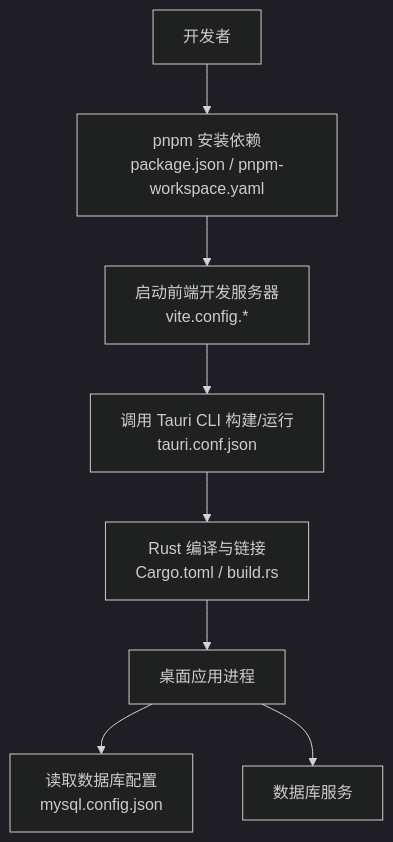
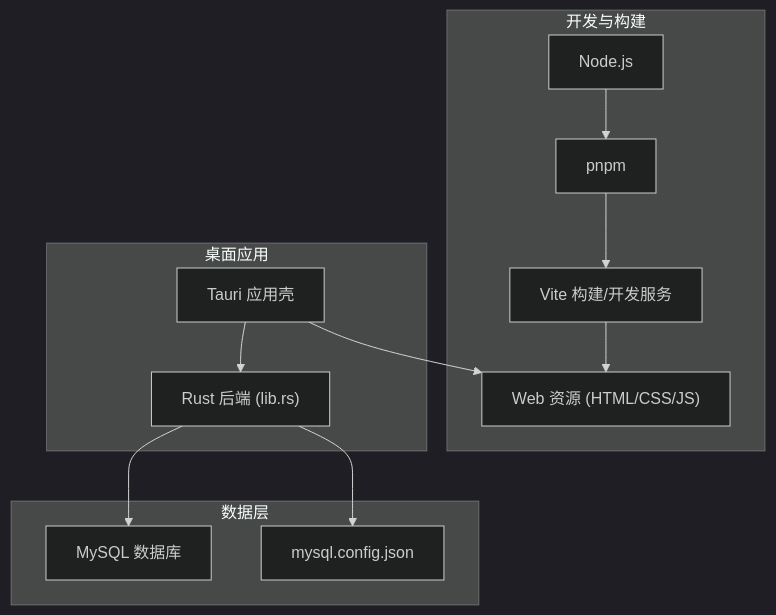
The second of 3 diagrams in .qoder/repowiki/zh/content/开发指南/环境搭建.md (gzdxhujiale/FishWorker), drawn with Mermaid (dark theme) before and after one commit. The commit also changed other lines of this file and 238 other files, not shown here.

````diff
--- a/.qoder/repowiki/zh/content/开发指南/环境搭建.md
+++ b/.qoder/repowiki/zh/content/开发指南/环境搭建.md
@@ -111,10 +102,18 @@
 ```mermaid
-flowchart TD
-Dev["开发者"] --> PNPM["pnpm 安装依赖<br/>package.json / pnpm-workspace.yaml"]
-PNPM --> Vite["启动前端开发服务器<br/>vite.config.*"]
-Vite --> TauriCLI["调用 Tauri CLI 构建/运行<br/>tauri.conf.json"]
-TauriCLI --> Cargo["Rust 编译与链接<br/>Cargo.toml / build.rs"]
-Cargo --> App["桌面应用进程"]
-App --> DBConf["读取数据库配置<br/>mysql.config.json"]
-App --> DB["数据库服务"]
+graph TB
+subgraph "开发与构建"
+NJS["Node.js"] --> PNPM["pnpm"]
+PNPM --> VITE["Vite 构建/开发服务"]
+VITE --> WEB["Web 资源 (HTML/CSS/JS)"]
+end
+subgraph "桌面应用"
+TAURI["Tauri 应用壳"] --> WEB
+TAURI --> RUST["Rust 后端 (lib.rs)"]
+end
+subgraph "数据层"
+MYSQL["MySQL 数据库"]
+CFG["mysql.config.json"]
+end
+RUST --> CFG
+RUST --> MYSQL
 ```
````
